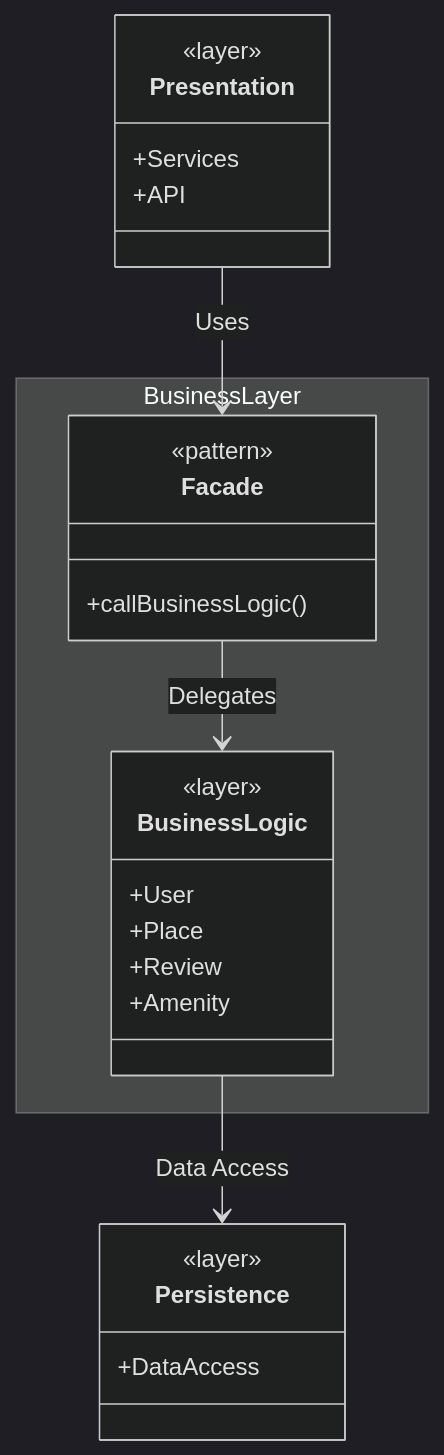
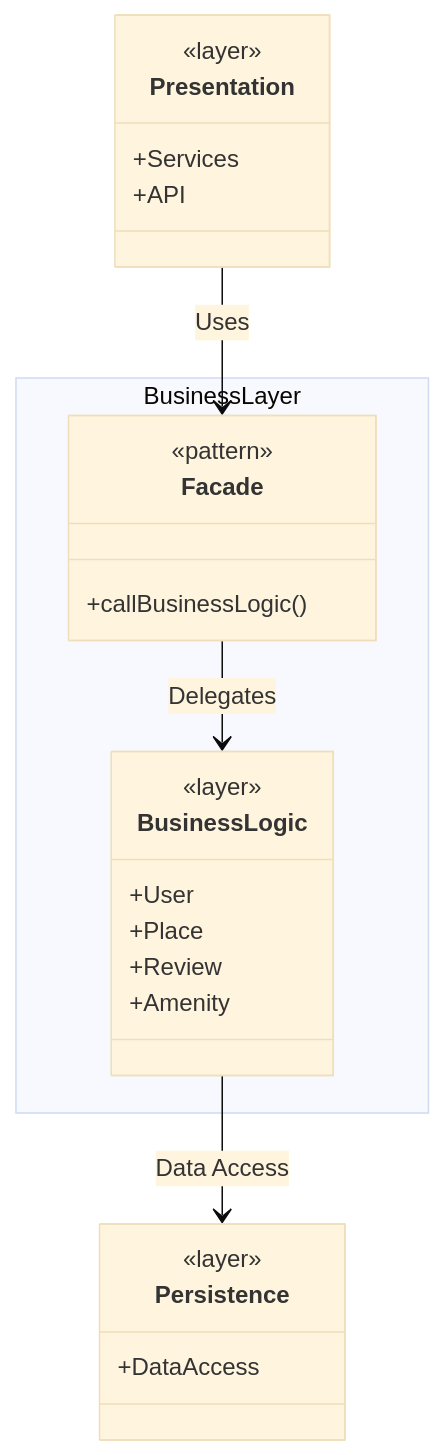
The diagram in README.md (feratholberton/holbertonschool-hbnb), drawn with Mermaid before and after one commit.

````diff
--- a/README.md
+++ b/README.md
@@ -5,33 +5,33 @@
 ```mermaid
 ---
 config:
-  theme: dark
+  theme: base
   look: classic
 ---
 classDiagram
 class Presentation {
   <<layer>>
   +Services
   +API
 }
 namespace BusinessLayer {
   class Facade {
     <<pattern>>
     +callBusinessLogic()
   }
   class BusinessLogic {
     <<layer>>
     +User
     +Place
     +Review
     +Amenity
   }
 }
 class Persistence {
   <<layer>>
   +DataAccess
 }
 Presentation --> Facade : Uses
 Facade --> BusinessLogic : Delegates
 BusinessLogic --> Persistence : Data Access
 ```
````
